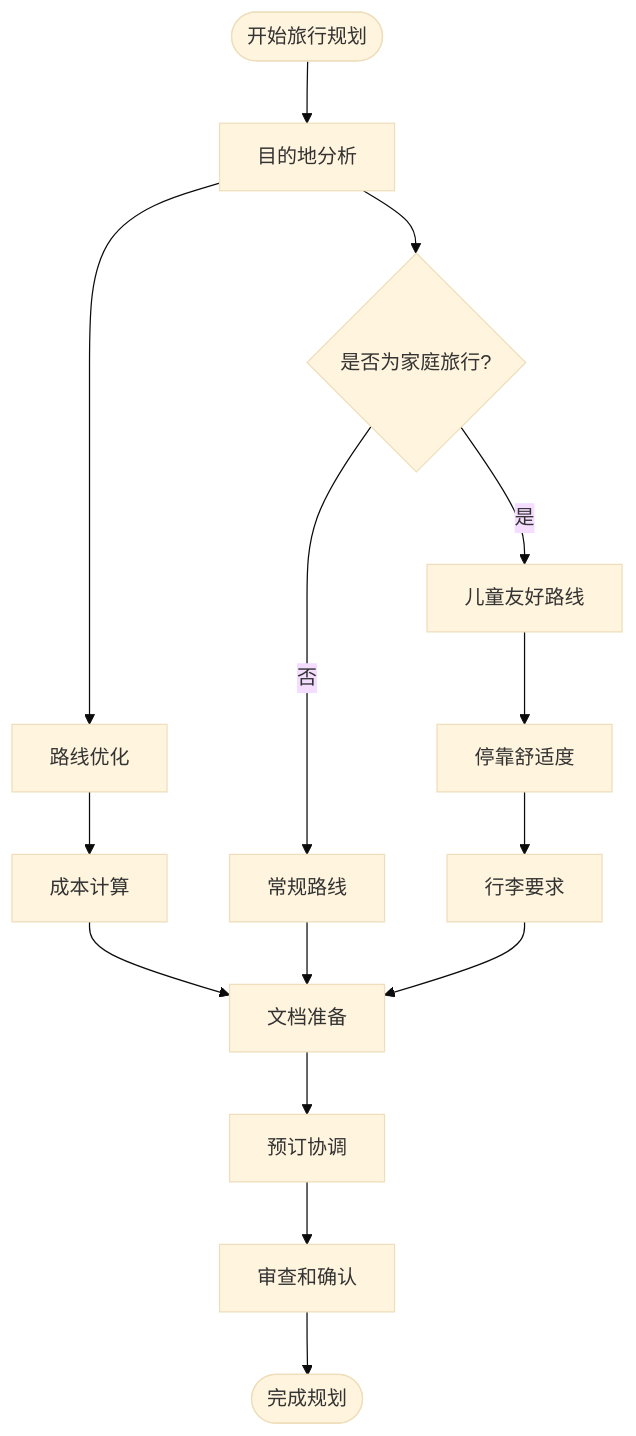
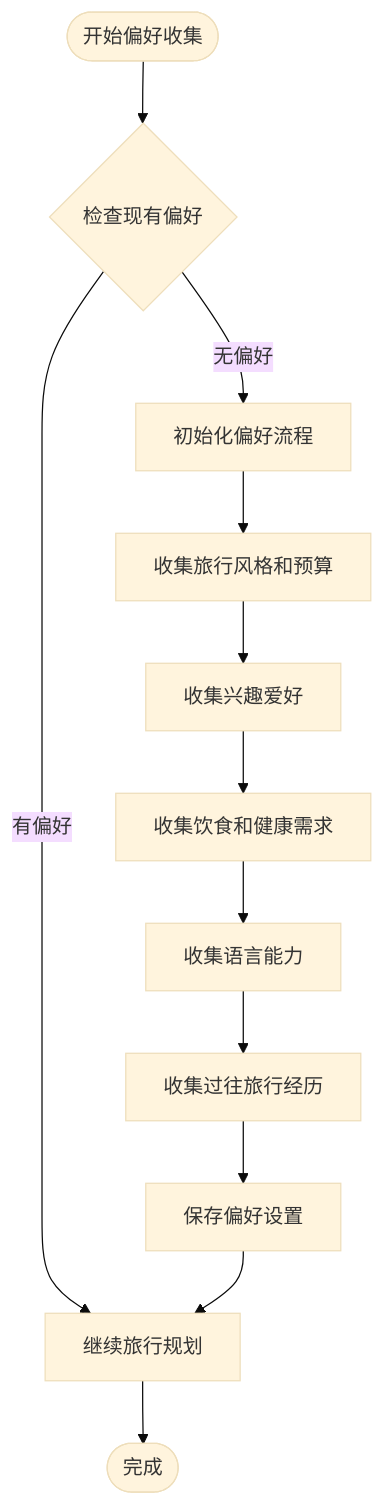
The fifth of 8 diagrams in .qoder/repowiki/zh/content/技能平台/内置技能/旅行规划技能系统.md (verse-ai-org/openclaw), drawn with Mermaid (base theme) before and after one commit. The commit also changed other lines of this file and 14 other files, not shown here.

````diff
--- a/.qoder/repowiki/zh/content/技能平台/内置技能/旅行规划技能系统.md
+++ b/.qoder/repowiki/zh/content/技能平台/内置技能/旅行规划技能系统.md
@@ -181,17 +271,14 @@
 ```mermaid
 flowchart TD
-Start([开始旅行规划]) --> DestAnalysis[目的地分析]
-DestAnalysis --> RouteOptimization[路线优化]
-RouteOptimization --> CostCalculation[成本计算]
-CostCalculation --> DocumentPreparation[文档准备]
-DocumentPreparation --> BookingCoordination[预订协调]
-BookingCoordination --> Review[审查和确认]
-Review --> End([完成规划])
-DestAnalysis --> FamilyConsiderations{是否为家庭旅行?}
-FamilyConsiderations --> |是| ChildFriendly[儿童友好路线]
-FamilyConsiderations --> |否| RegularRoute[常规路线]
-ChildFriendly --> StopoverComfort[停靠舒适度]
-RegularRoute --> DocumentPreparation
-StopoverComfort --> BaggageRequirements[行李要求]
-BaggageRequirements --> DocumentPreparation
+Start([开始偏好收集]) --> CheckPrefs{检查现有偏好}
+CheckPrefs --> |无偏好| InitFlow[初始化偏好流程]
+CheckPrefs --> |有偏好| Continue[继续旅行规划]
+InitFlow --> StyleBudget[收集旅行风格和预算]
+StyleBudget --> Interests[收集兴趣爱好]
+Interests --> DietHealth[收集饮食和健康需求]
+DietHealth --> Language[收集语言能力]
+Language --> Previous[收集过往旅行经历]
+Previous --> SavePrefs[保存偏好设置]
+SavePrefs --> Continue
+Continue --> End([完成])
 ```
````
